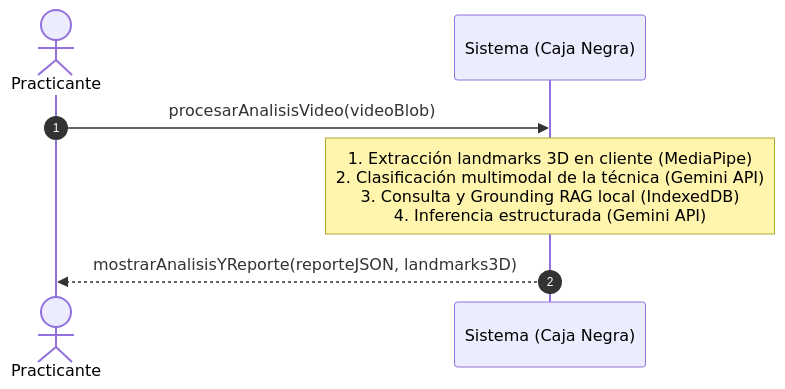
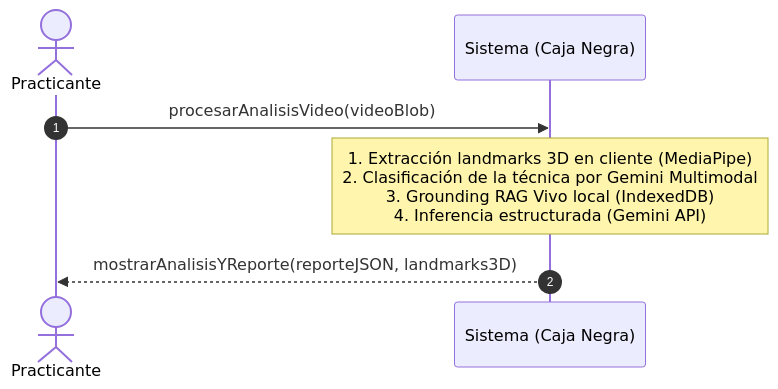
One commit to Tsmrain/Documentacion changed the third of 11 diagrams in README.md. Above: the diagram before and after it, drawn with Mermaid. The commit also changed other lines of this file, not shown here.

Commit message:
docs: refine documentation to clarify RAG implementation, pedagogy, and system architecture for OpenBJJ

````diff
--- a/README.md
+++ b/README.md
@@ -760,10 +748,10 @@
 ```mermaid
 sequenceDiagram
     autonumber
     actor Practicante
     participant Sistema as Sistema (Caja Negra)
     
     Practicante->>Sistema: procesarAnalisisVideo(videoBlob)
-    Note over Sistema: 1. Extracción landmarks 3D en cliente (MediaPipe)<br/>2. Clasificación multimodal de la técnica (Gemini API)<br/>3. Consulta y Grounding RAG local (IndexedDB)<br/>4. Inferencia estructurada (Gemini API)
+    Note over Sistema: 1. Extracción landmarks 3D en cliente (MediaPipe)<br/>2. Clasificación de la técnica por Gemini Multimodal<br/>3. Grounding RAG Vivo local (IndexedDB)<br/>4. Inferencia estructurada (Gemini API)
     Sistema-->>Practicante: mostrarAnalisisYReporte(reporteJSON, landmarks3D)
 ```
````
